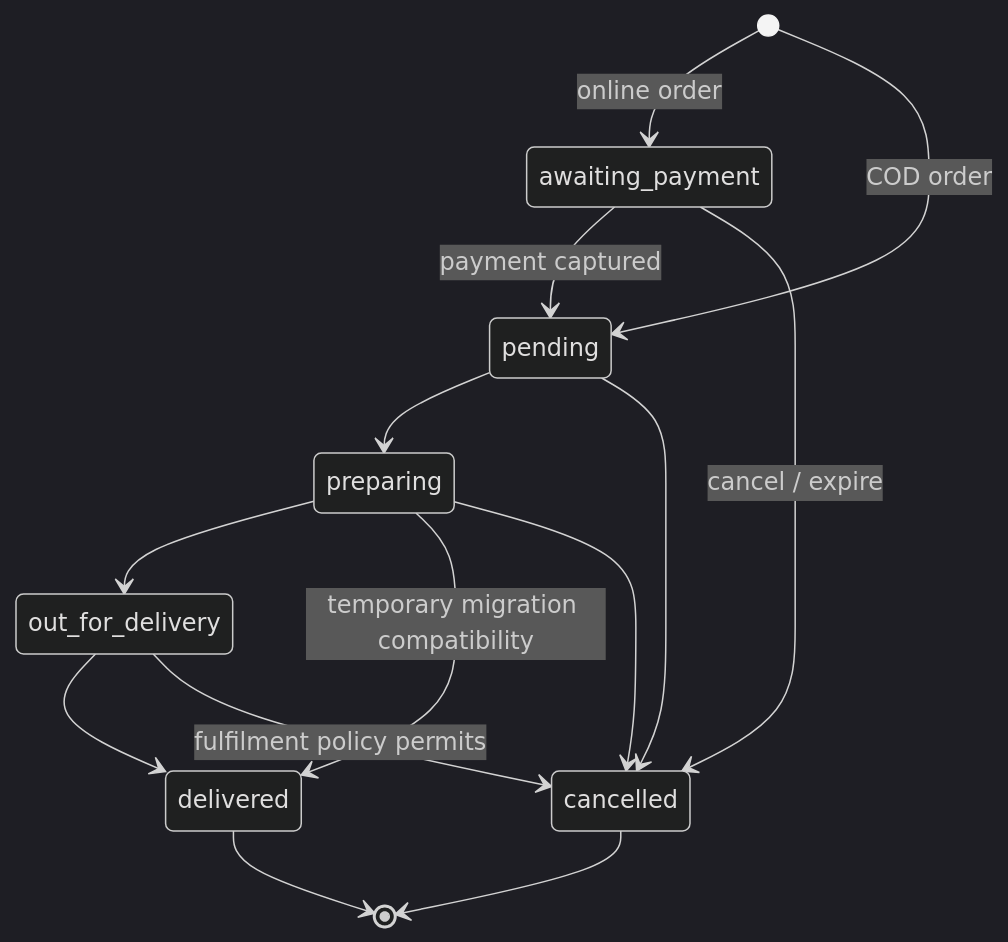
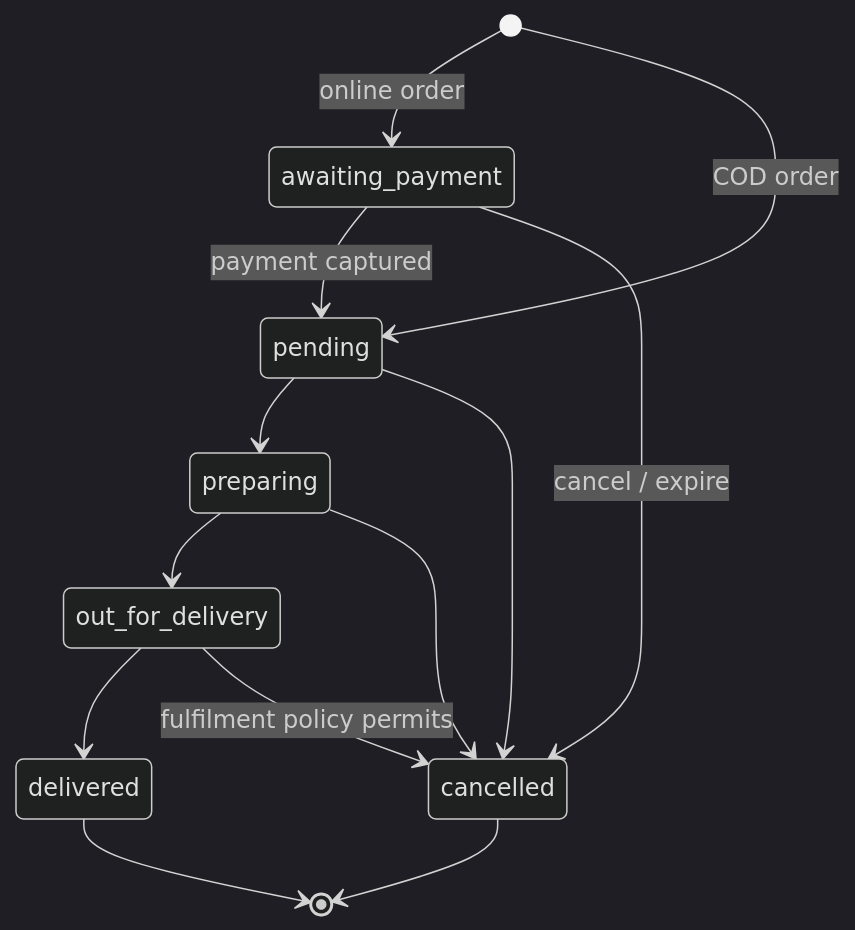
The first of 8 diagrams in docs/finance-lifecycle-contracts.md (Shreyas2121/pizza-store), drawn with Mermaid (dark theme) before and after one commit. The commit also changed other lines of this file and 3 other files, not shown here.

````diff
--- a/docs/finance-lifecycle-contracts.md
+++ b/docs/finance-lifecycle-contracts.md
@@ -25,16 +25,15 @@
 ```mermaid
 stateDiagram-v2
     [*] --> awaiting_payment: online order
     [*] --> pending: COD order
     awaiting_payment --> pending: payment captured
     awaiting_payment --> cancelled: cancel / expire
     pending --> preparing
     pending --> cancelled
     preparing --> out_for_delivery
-    preparing --> delivered: temporary migration compatibility
     preparing --> cancelled
     out_for_delivery --> delivered
     out_for_delivery --> cancelled: fulfilment policy permits
     delivered --> [*]
     cancelled --> [*]
 ```
````
